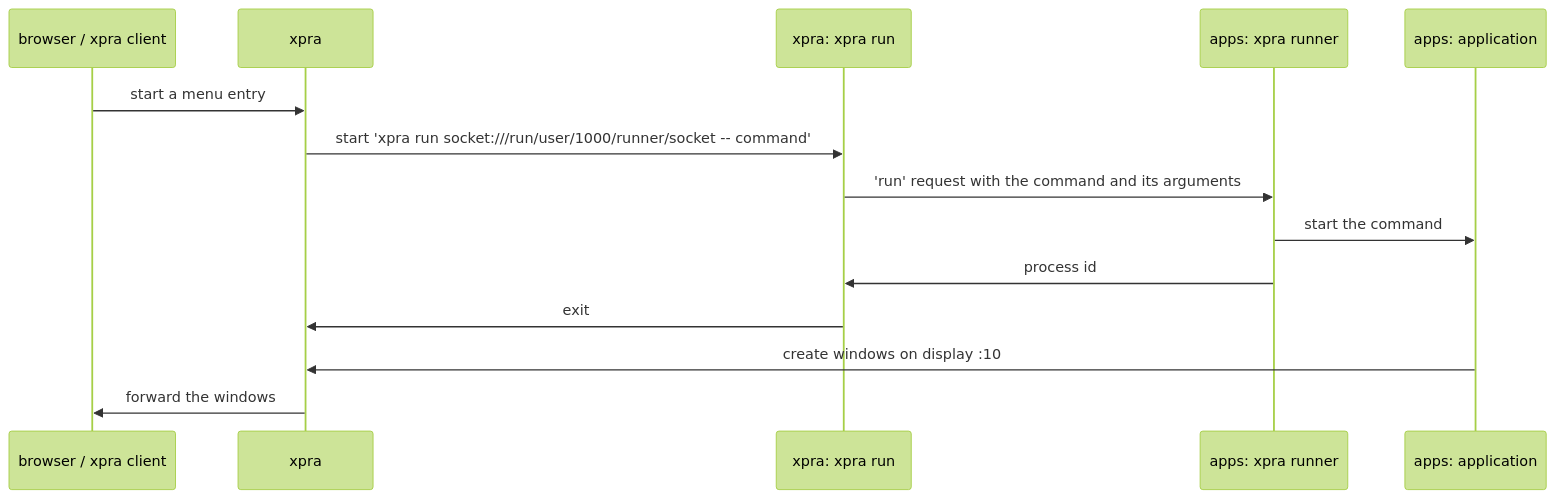
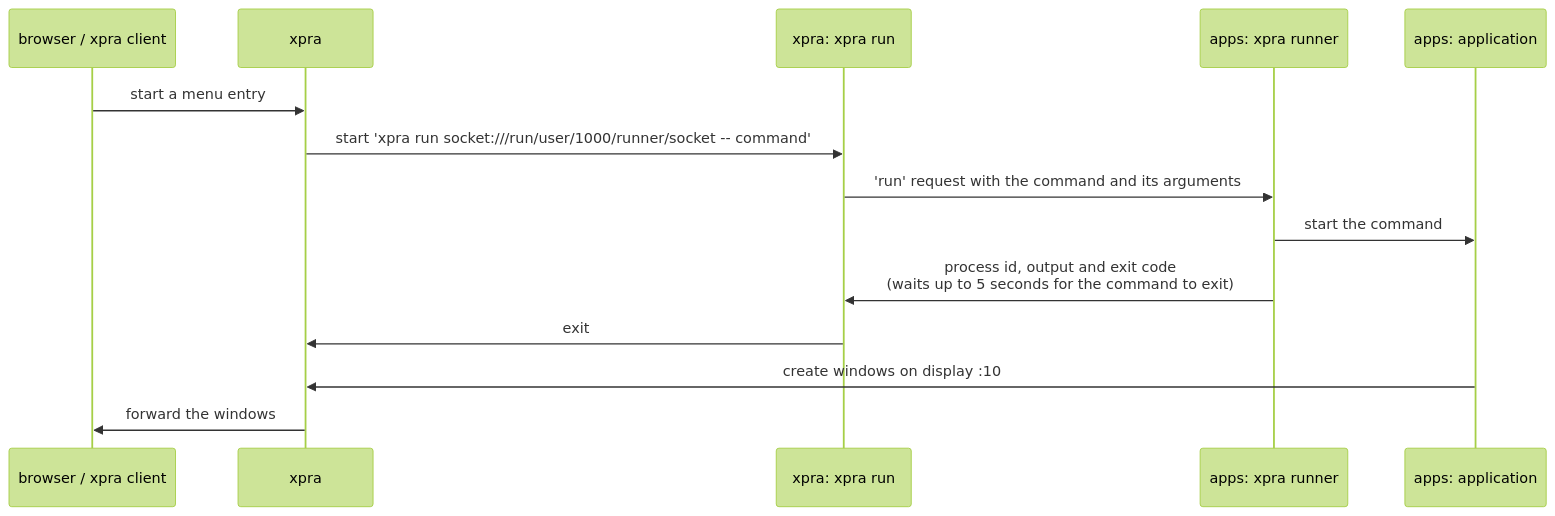
Before and after one commit to Xpra-org/xpra: the third of 3 diagrams in packaging/containers/podman/split/README.md, drawn with Mermaid (forest theme). The commit also changed other lines of this file and 8 other files, not shown here.

````diff
--- a/packaging/containers/podman/split/README.md
+++ b/packaging/containers/podman/split/README.md
@@ -161,16 +161,16 @@
 ```mermaid
 sequenceDiagram
     participant client as browser / xpra client
     participant xpra
     participant run as xpra: xpra run
     participant runner as apps: xpra runner
     participant app as apps: application
     client->>xpra: start a menu entry
     xpra->>run: start 'xpra run socket:///run/user/1000/runner/socket -- command'
     run->>runner: 'run' request with the command and its arguments
     runner->>app: start the command
-    runner->>run: process id
+    runner->>run: process id, output and exit code<br/>(waits up to 5 seconds for the command to exit)
     run->>xpra: exit
     app->>xpra: create windows on display :10
     xpra->>client: forward the windows
 ```
````
